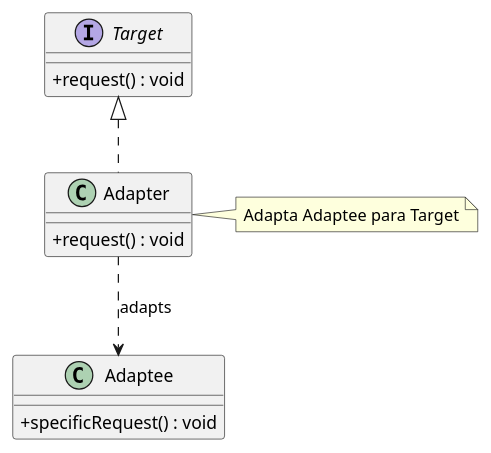
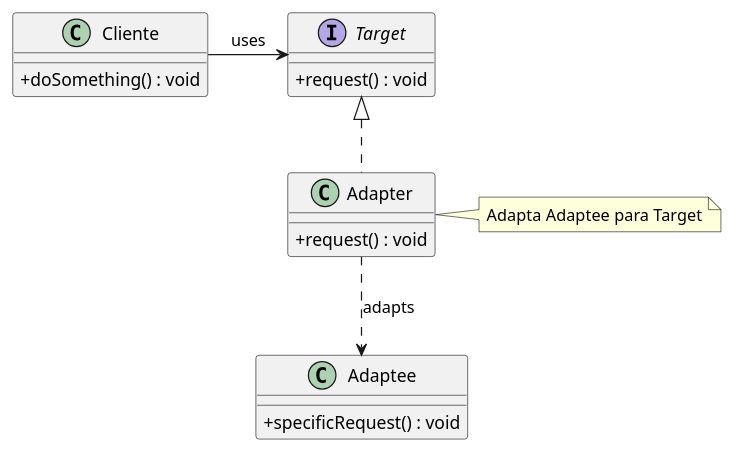
Before and after one commit to growthcodeoficial/ADC-design-patterns-php: the diagram in diagrams/DesignPatterns/Structural/6 - Adapter.pu, drawn with PlantUML. The commit also changed 31 other files, not shown here.

Commit message:
add examples of diagrams

```diff
--- a/diagrams/DesignPatterns/Structural/6 - Adapter.pu
+++ b/diagrams/DesignPatterns/Structural/6 - Adapter.pu
@@ -1,19 +1,24 @@
 @startuml Adapter
     skinparam classAttributeIconSize 0
     
+    class Cliente {
+        +doSomething() : void
+    }
+
     interface Target {
         +request() : void
     }
 
     class Adapter {
         +request() : void
     }
 
     class Adaptee {
         +specificRequest() : void
     }
-    
+
+    Cliente -right-> Target : uses
     Target <|.. Adapter
     Adapter ..> Adaptee : adapts
     note right of Adapter : Adapta Adaptee para Target
 @enduml
```
